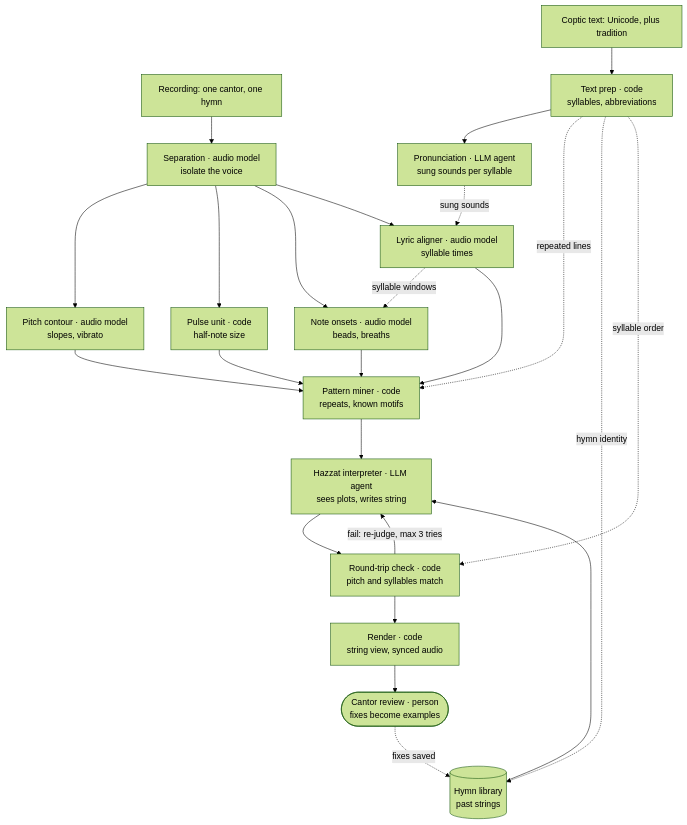
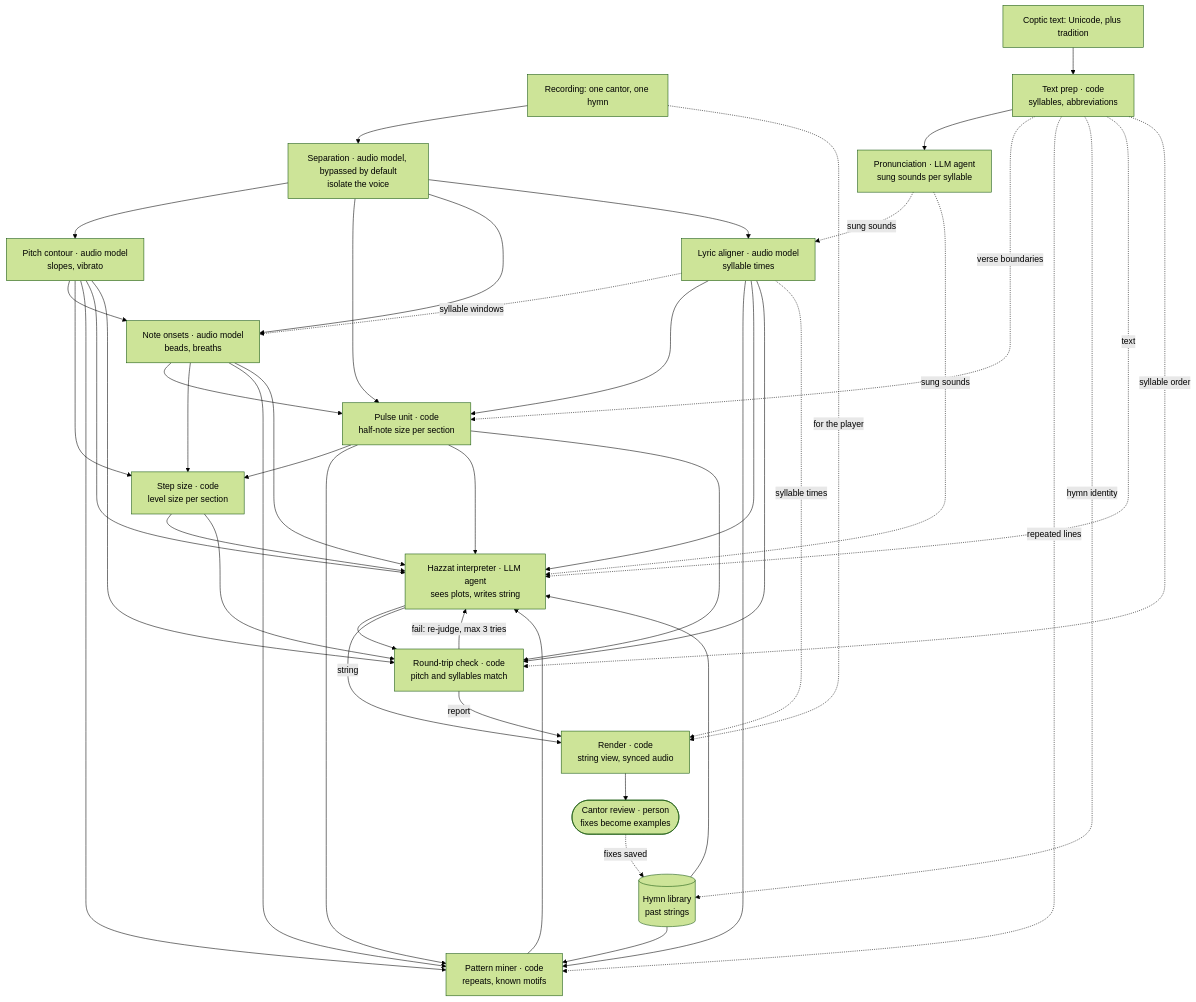
The diagram in CONTEXT.md (markrofail/coptish-hymns), drawn with Mermaid (forest theme) before and after one commit. The commit also changed other lines of this file and 28 other files, not shown here.

First line of the commit message:
Add step size, separation backends and per-section pulse

````diff
--- a/CONTEXT.md
+++ b/CONTEXT.md
@@ -77,26 +80,48 @@
 ```mermaid
 flowchart TD
-  R["Recording: one cantor, one hymn"] --> SEP["Separation · audio model<br/>isolate the voice"]
+  R["Recording: one cantor, one hymn"] --> SEP["Separation · audio model, bypassed by default<br/>isolate the voice"]
   T["Coptic text: Unicode, plus tradition"] --> TP["Text prep · code<br/>syllables, abbreviations"]
   TP --> PR["Pronunciation · LLM agent<br/>sung sounds per syllable"]
   SEP --> PC["Pitch contour · audio model<br/>slopes, vibrato"]
-  SEP --> PU["Pulse unit · code<br/>half-note size"]
+  SEP --> PU["Pulse unit · code<br/>half-note size per section"]
   SEP --> ON["Note onsets · audio model<br/>beads, breaths"]
   SEP --> LA["Lyric aligner · audio model<br/>syllable times"]
   PR -.->|"sung sounds"| LA
   LA -.->|"syllable windows"| ON
+  PC --> ON
+  TP -.->|"verse boundaries"| PU
+  LA --> PU
+  ON --> PU
+  PC --> ST["Step size · code<br/>level size per section"]
+  ON --> ST
+  PU --> ST
   PC --> PM["Pattern miner · code<br/>repeats, known motifs"]
   PU --> PM
   ON --> PM
   LA --> PM
   TP -.->|"repeated lines"| PM
   TP -.->|"hymn identity"| HL[("Hymn library<br/>past strings")]
+  HL --> PM
   PM --> HI["Hazzat interpreter · LLM agent<br/>sees plots, writes string"]
   HL --> HI
+  PC --> HI
+  PU --> HI
+  ST --> HI
+  ON --> HI
+  LA --> HI
+  TP -.->|"text"| HI
+  PR -.->|"sung sounds"| HI
   HI --> RT["Round-trip check · code<br/>pitch and syllables match"]
   TP -.->|"syllable order"| RT
+  PC --> RT
+  PU --> RT
+  ST --> RT
+  LA --> RT
   RT -->|"fail: re-judge, max 3 tries"| HI
-  RT --> RE["Render · code<br/>string view, synced audio"]
+  HI -->|"string"| RE["Render · code<br/>string view, synced audio"]
+  RT -->|"report"| RE
+  LA -.->|"syllable times"| RE
+  R -.->|"for the player"| RE
   RE --> CR(["Cantor review · person<br/>fixes become examples"])
   CR -.->|"fixes saved"| HL
 ```
````
